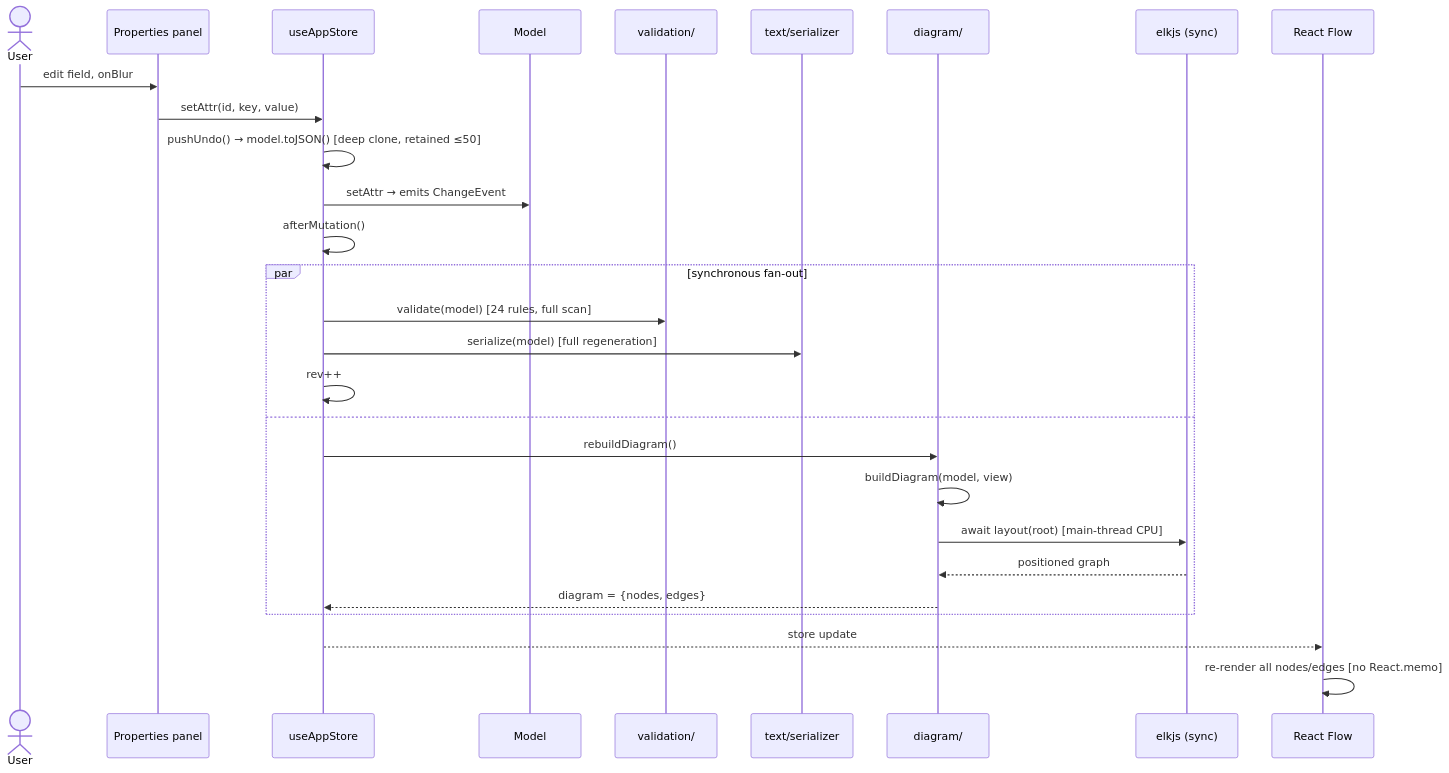
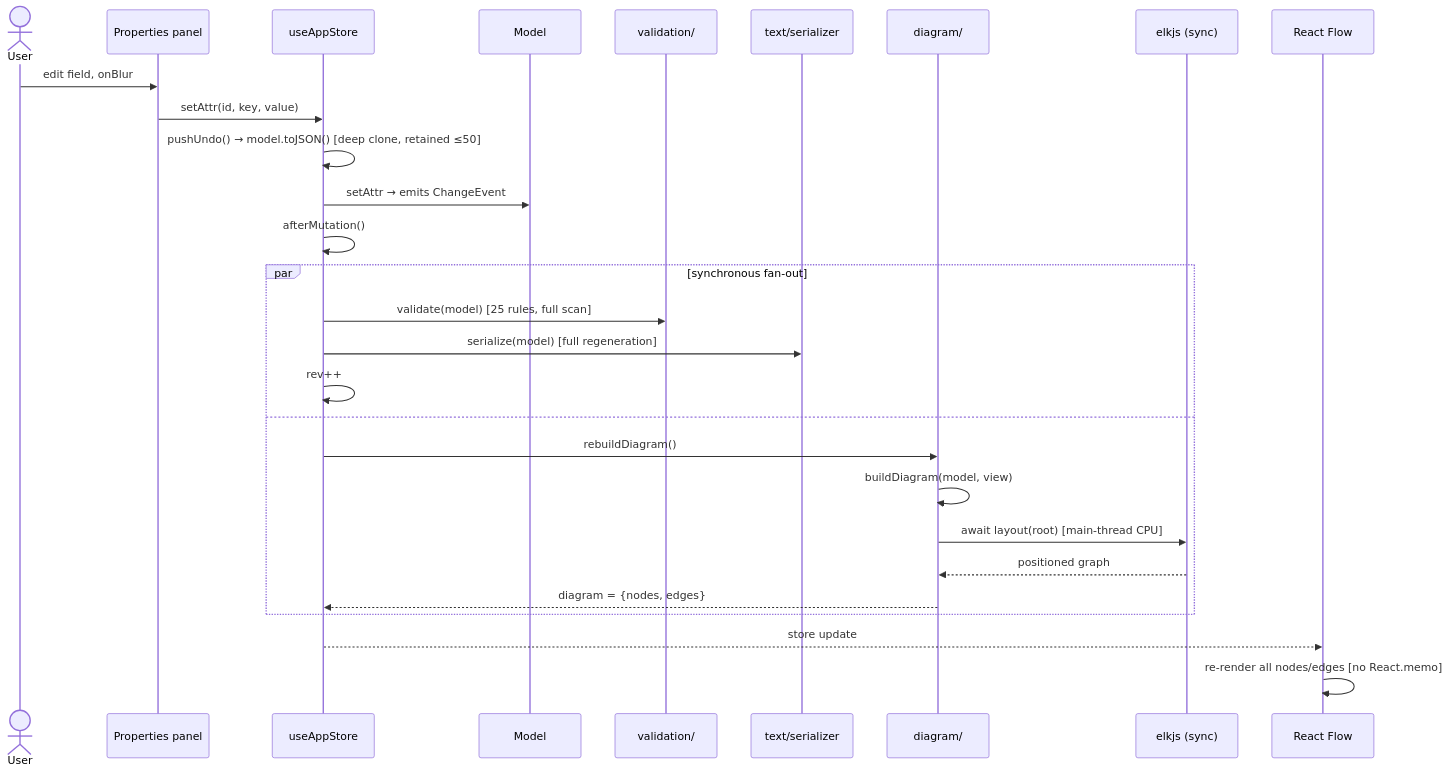
The second of 8 diagrams in docs/architecture/06-sequence-diagrams.md (cosmindxu/sysprose), drawn with Mermaid before and after one commit. The commit also changed 37 other files, not shown here.

````diff
--- a/docs/architecture/06-sequence-diagrams.md
+++ b/docs/architecture/06-sequence-diagrams.md
@@ -30,31 +30,31 @@
 ```mermaid
 sequenceDiagram
     actor U as User
     participant P as Properties panel
     participant S as useAppStore
     participant M as Model
     participant V as validation/
     participant T as text/serializer
     participant D as diagram/
     participant ELK as elkjs (sync)
     participant RF as React Flow
 
     U->>P: edit field, onBlur
     P->>S: setAttr(id, key, value)
     S->>S: pushUndo() → model.toJSON() [deep clone, retained ≤50]
     S->>M: setAttr → emits ChangeEvent
     S->>S: afterMutation()
     par synchronous fan-out
-        S->>V: validate(model) [24 rules, full scan]
+        S->>V: validate(model) [25 rules, full scan]
         S->>T: serialize(model) [full regeneration]
         S->>S: rev++
     and
         S->>D: rebuildDiagram()
         D->>D: buildDiagram(model, view)
         D->>ELK: await layout(root) [main-thread CPU]
         ELK-->>D: positioned graph
         D-->>S: diagram = {nodes, edges}
     end
     S-->>RF: store update
     RF->>RF: re-render all nodes/edges [no React.memo]
 ```
````
